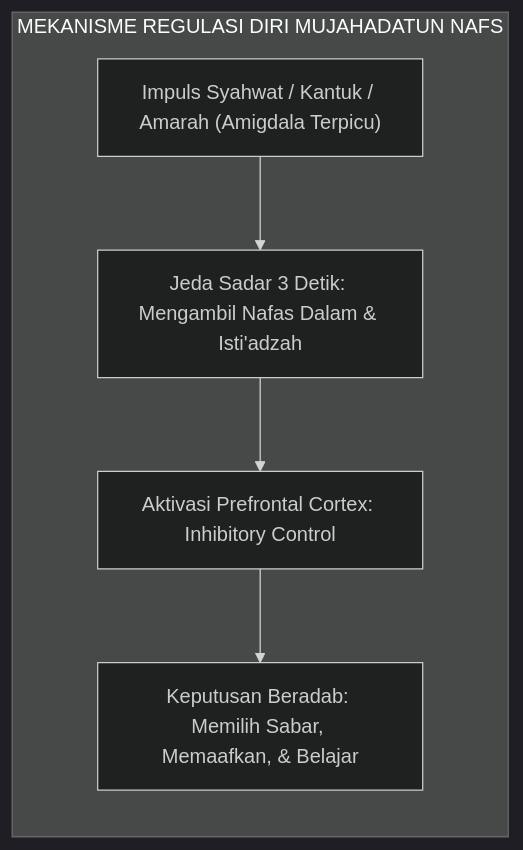
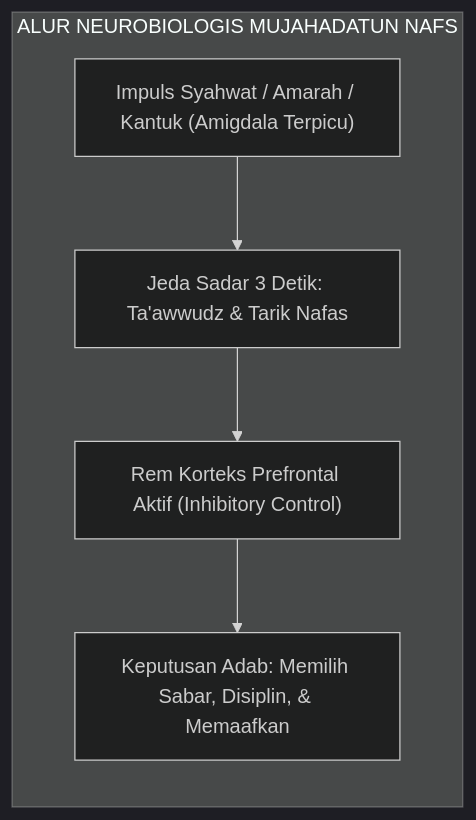
One commit to wandiapriliyandi/tumbuh changed diagram 14 of 47 in BOOK-SERIES/Volume-02/Buku-Volume-02-Taksonomi-Kapasitas-dan-10-Profil-Karakter.md. Above: the diagram before and after it, drawn with Mermaid (dark theme). The commit also changed other lines of this file and 27 other files, not shown here.

````diff
--- a/BOOK-SERIES/Volume-02/Buku-Volume-02-Taksonomi-Kapasitas-dan-10-Profil-Karakter.md
+++ b/BOOK-SERIES/Volume-02/Buku-Volume-02-Taksonomi-Kapasitas-dan-10-Profil-Karakter.md
@@ -949,8 +749,8 @@
 ```mermaid
 graph LR
-    subgraph RegulasiDiri["MEKANISME REGULASI DIRI MUJAHADATUN NAFS"]
-        Godaan["Impuls Syahwat / Kantuk / Amarah (Amigdala Terpicu)"] --> JedaSadar["Jeda Sadar 3 Detik: Mengambil Nafas Dalam & Isti'adzah"]
-        JedaSadar --> RemKognitif["Aktivasi Prefrontal Cortex: Inhibitory Control"]
-        RemKognitif --> AksiMulya["Keputusan Beradab: Memilih Sabar, Memaafkan, & Belajar"]
+    subgraph AlurMujahadah["ALUR NEUROBIOLOGIS MUJAHADATUN NAFS"]
+        Impuls["Impuls Syahwat / Amarah / Kantuk (Amigdala Terpicu)"] --> Jeda["Jeda Sadar 3 Detik: Ta'awwudz & Tarik Nafas"]
+        Jeda --> PFC["Rem Korteks Prefrontal Aktif (Inhibitory Control)"]
+        PFC --> Keputusan["Keputusan Adab: Memilih Sabar, Disiplin, & Memaafkan"]
     end
 ```
````
